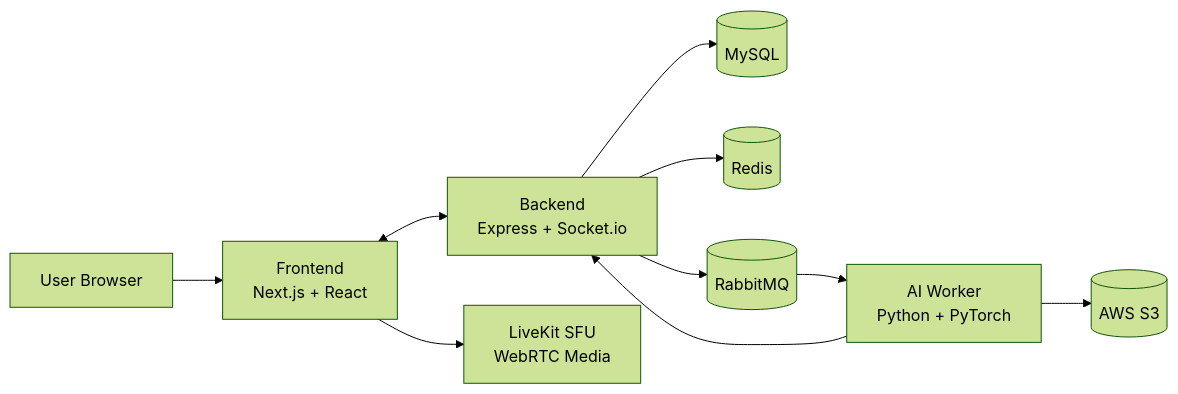
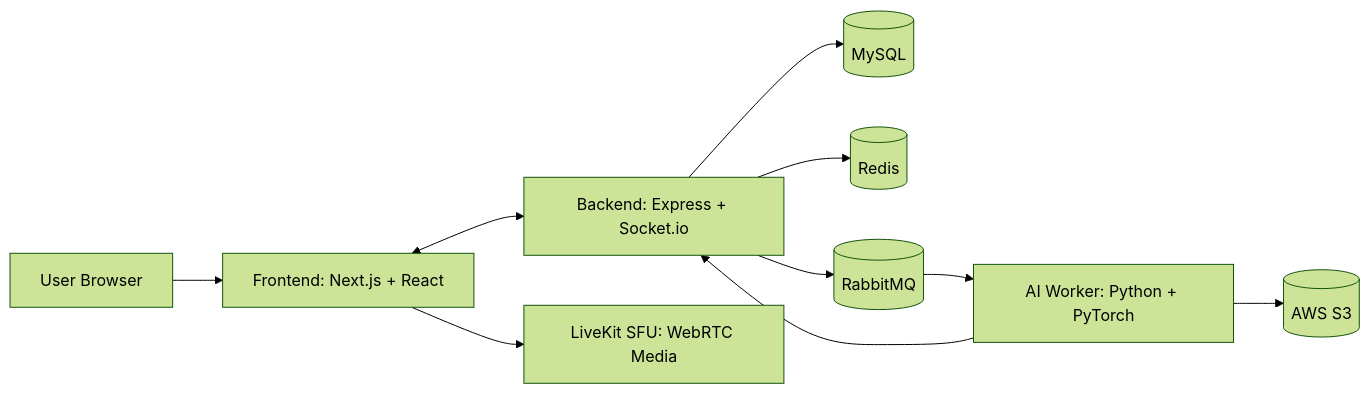
The diagram in README.md (TOPONNN/KERO), drawn with Mermaid (forest theme) before and after one commit. The commit also changed other lines of this file, not shown here.

Commit message:
docs: README 디자인 개선 및 mermaid 표기 정리

````diff
--- a/README.md
+++ b/README.md
@@ -50,12 +72,12 @@
 ```mermaid
 flowchart LR
-  U[User Browser] --> FE[Frontend\nNext.js + React]
-  FE <--> BE[Backend\nExpress + Socket.io]
-  FE --> LK[LiveKit SFU\nWebRTC Media]
+  U[User Browser] --> FE[Frontend: Next.js + React]
+  FE <--> BE[Backend: Express + Socket.io]
+  FE --> LK[LiveKit SFU: WebRTC Media]
   BE --> DB[(MySQL)]
   BE --> RD[(Redis)]
   BE --> MQ[(RabbitMQ)]
-  MQ --> AI[AI Worker\nPython + PyTorch]
+  MQ --> AI[AI Worker: Python + PyTorch]
   AI --> S3[(AWS S3)]
   AI --> BE
 ```
````
